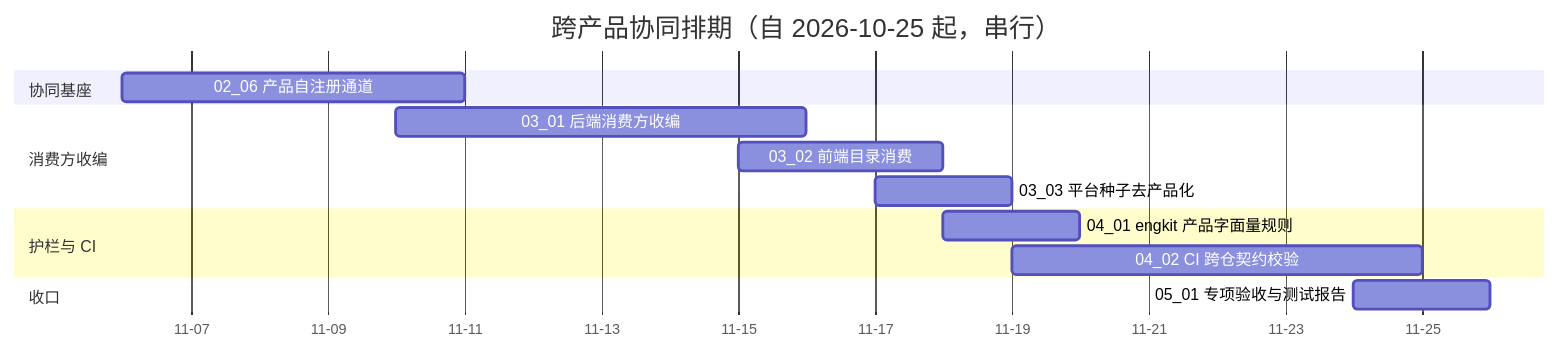
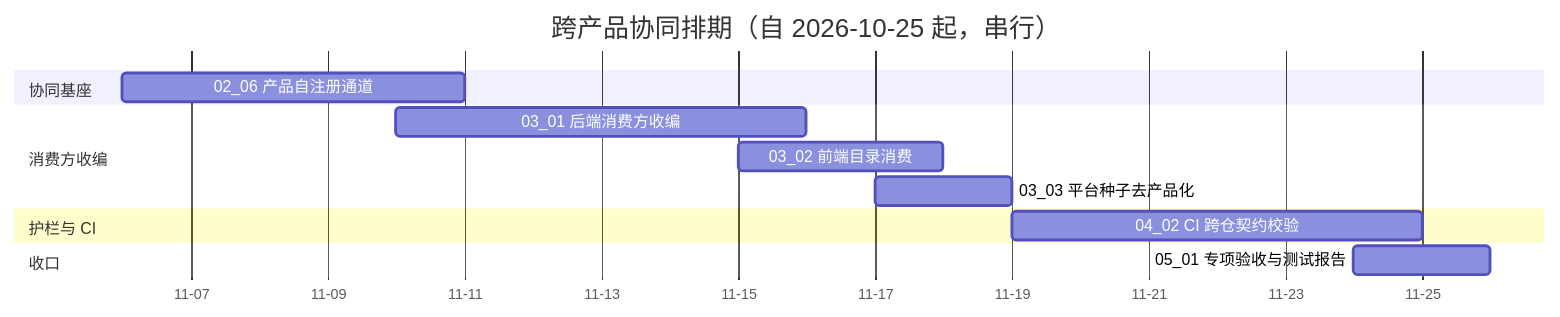
One commit to minjian123/basic-management-system changed the diagram in bms文档/项目/07B_跨产品协同/计划/01_计划_跨产品协同.md. Above: the diagram before and after it, drawn with Mermaid. The commit also changed other lines of this file and 4 other files, not shown here.

````diff
--- a/bms文档/项目/07B_跨产品协同/计划/01_计划_跨产品协同.md
+++ b/bms文档/项目/07B_跨产品协同/计划/01_计划_跨产品协同.md
@@ -40,17 +40,16 @@
 ```mermaid
 gantt
     title 跨产品协同排期（自 2026-10-25 起，串行）
     dateFormat  YYYY-MM-DD
     axisFormat %m-%d
     section 协同基座
     02_06 产品自注册通道 :a0206, 2026-11-06, 5d
     section 消费方收编
     03_01 后端消费方收编 :a0301, 2026-11-10, 6d
     03_02 前端目录消费 :a0302, 2026-11-15, 3d
     03_03 平台种子去产品化 :a0303, 2026-11-17, 2d
     section 护栏与 CI
-    04_01 engkit 产品字面量规则 :a0401, 2026-11-18, 2d
     04_02 CI 跨仓契约校验 :a0402, 2026-11-19, 6d
     section 收口
     05_01 专项验收与测试报告 :a0501, 2026-11-24, 2d
 ```
````
